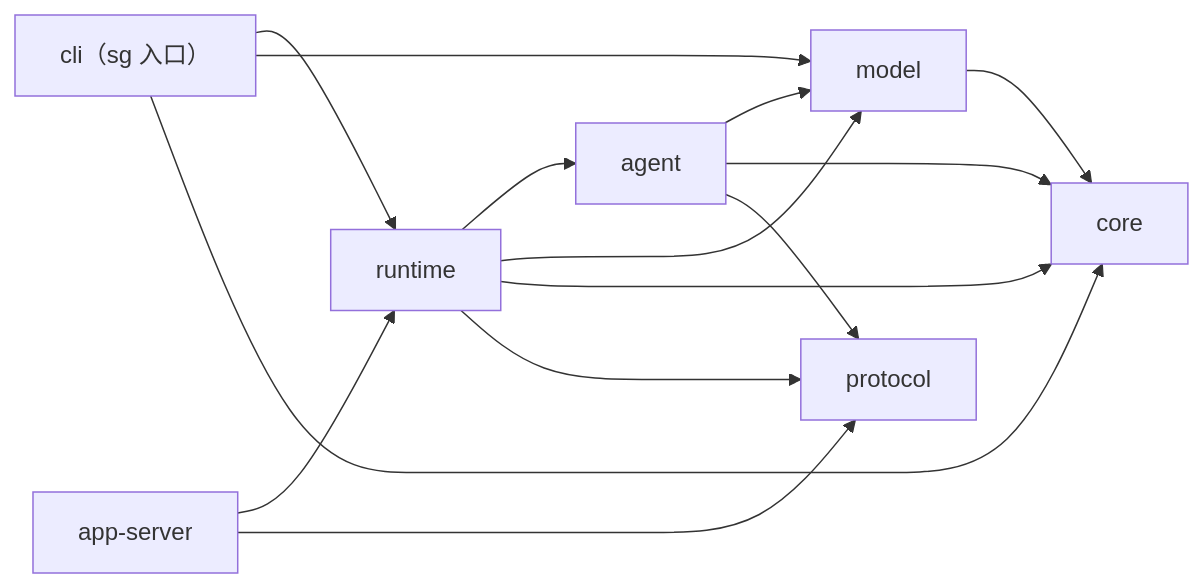
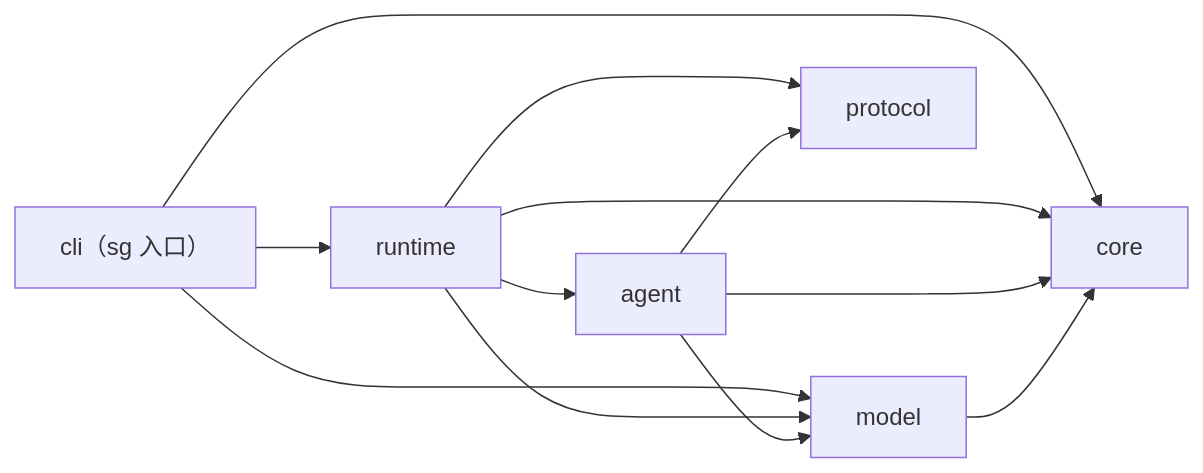
The second of 9 diagrams in docs/repository-map.md (qjcnmd/singularity-agent), drawn with Mermaid before and after one commit. The commit also changed other lines of this file and 100 other files, not shown here.

````diff
--- a/docs/repository-map.md
+++ b/docs/repository-map.md
@@ -30,16 +29,14 @@
 ```mermaid
 flowchart LR
     CLI["cli（sg 入口）"] --> RUNTIME["runtime"]
     CLI --> MODEL["model"]
     CLI --> CORE["core"]
-    APPSERVER["app-server"] --> RUNTIME
-    APPSERVER --> PROTOCOL["protocol"]
     RUNTIME --> AGENT["agent"]
     RUNTIME --> MODEL
     RUNTIME --> CORE
-    RUNTIME --> PROTOCOL
+    RUNTIME --> PROTOCOL["protocol"]
     AGENT --> MODEL
     AGENT --> CORE
     AGENT --> PROTOCOL
     MODEL --> CORE
 ```
````
